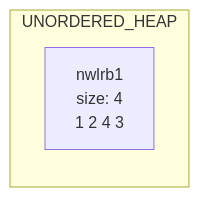
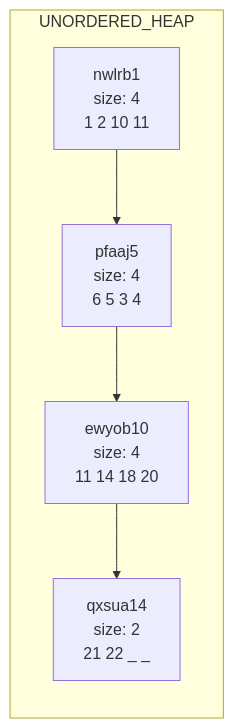
The second of 2 diagrams in data/chart.md (shiridikumar/phase1_dup), drawn with Mermaid before and after one commit. The commit also changed other lines of this file and 19 other files, not shown here.

````diff
--- a/data/chart.md
+++ b/data/chart.md
@@ -7,6 +27,12 @@
 ```mermaid
 graph LR
 subgraph UNORDERED_HEAP
-nwlrb1[nwlrb1<br/>size: 4<br/>1 2 4 3 ]
+nwlrb1[nwlrb1<br/>size: 4<br/>1 2 10 11 ]
+pfaaj5[pfaaj5<br/>size: 4<br/>6 5 3 4 ]
+nwlrb1-->pfaaj5
+ewyob10[ewyob10<br/>size: 4<br/>11 14 18 20 ]
+pfaaj5-->ewyob10
+qxsua14[qxsua14<br/>size: 2<br/>21 22 _ _ ]
+ewyob10-->qxsua14
 end
 ```
````
